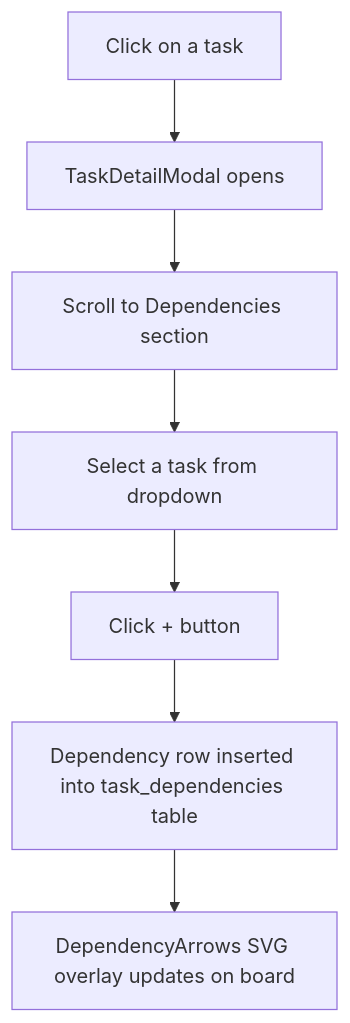
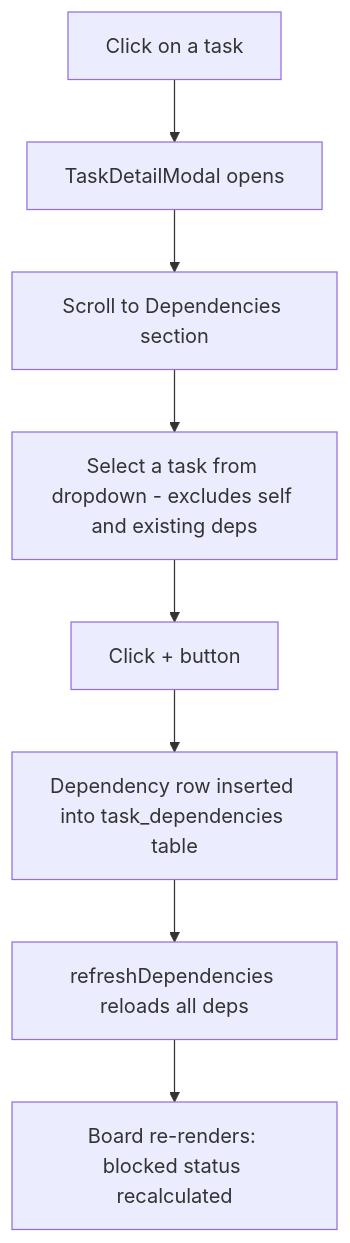
One commit to PrakritOjha/flowlink-tasks changed diagram 15 of 31 in userflow.md. Above: the diagram before and after it, drawn with Mermaid. The commit also changed other lines of this file and 4 other files, not shown here.

First line of the commit message:
feat: Update user flow documentation with detailed steps for account creation, sign in, and board management

````diff
--- a/userflow.md
+++ b/userflow.md
@@ -138,9 +231,10 @@
 ```mermaid
 flowchart TD
     A[Click on a task] --> B[TaskDetailModal opens]
     B --> C[Scroll to Dependencies section]
-    C --> D[Select a task from dropdown]
+    C --> D[Select a task from dropdown - excludes self and existing deps]
     D --> E[Click + button]
     E --> F[Dependency row inserted into task_dependencies table]
-    F --> G[DependencyArrows SVG overlay updates on board]
+    F --> G[refreshDependencies reloads all deps]
+    G --> H[Board re-renders: blocked status recalculated]
 ```
````
